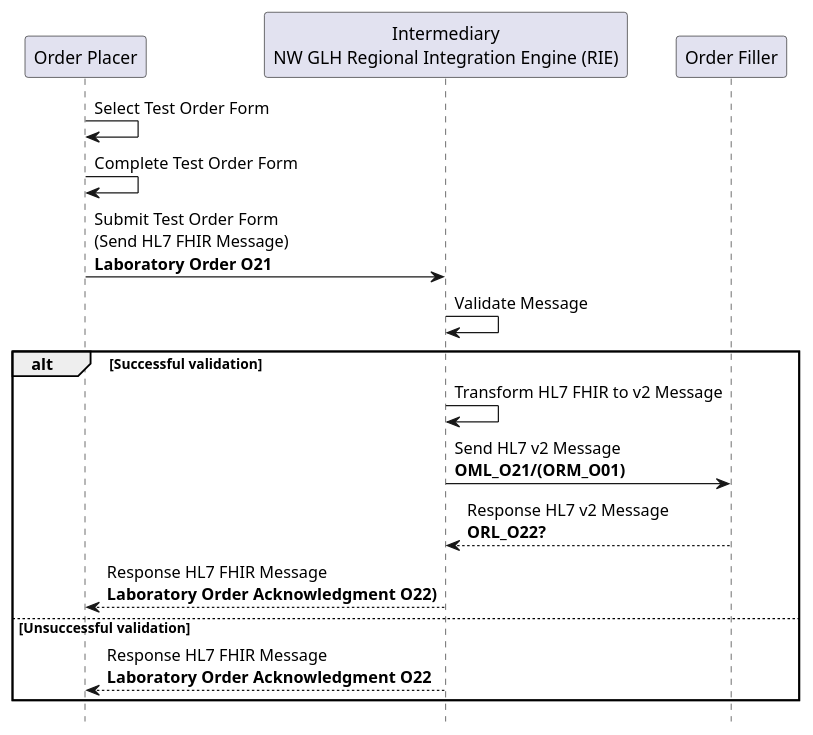
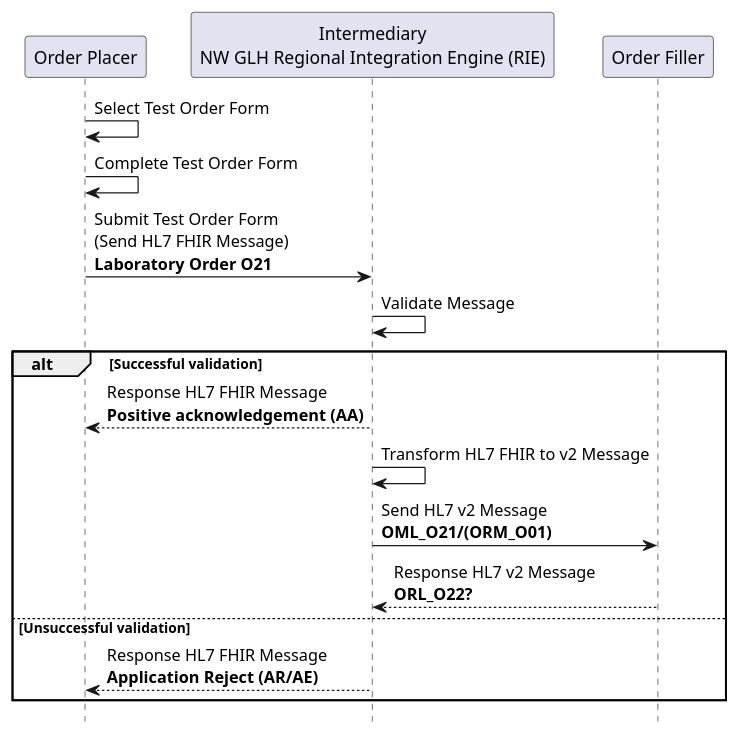
The diagram in input/images-source/LAB1-sequence.plantuml (nw-gmsa/nw-gmsa.github.com), drawn with PlantUML before and after one commit. The commit also changed 14 other files, not shown here.

```diff
--- a/input/images-source/LAB1-sequence.plantuml
+++ b/input/images-source/LAB1-sequence.plantuml
@@ -1,23 +1,23 @@
 @startuml
 
 hide footbox
 
 participant "Order Placer" as EPR
 participant "Intermediary\nNW GLH Regional Integration Engine (RIE)" as TIE
 participant "Order Filler" as LIMS
 
 EPR -> EPR: Select Test Order Form
 EPR -> EPR: Complete Test Order Form
 EPR -> TIE: Submit Test Order Form\n(Send HL7 FHIR Message)\n**Laboratory Order O21**
 TIE -> TIE: Validate Message
 
 alt Successful validation
+TIE --> EPR: Response HL7 FHIR Message\n**Positive acknowledgement (AA)**
 TIE -> TIE : Transform HL7 FHIR to v2 Message
 TIE -> LIMS: Send HL7 v2 Message\n**OML_O21/(ORM_O01)**
 LIMS --> TIE: Response HL7 v2 Message\n**ORL_O22?**
-TIE --> EPR: Response HL7 FHIR Message\n**Laboratory Order Acknowledgment O22)**
 else Unsuccessful validation
-TIE --> EPR: Response HL7 FHIR Message\n**Laboratory Order Acknowledgment O22**
+TIE --> EPR: Response HL7 FHIR Message\n**Application Reject (AR/AE)**
 end
 
 @enduml
```
